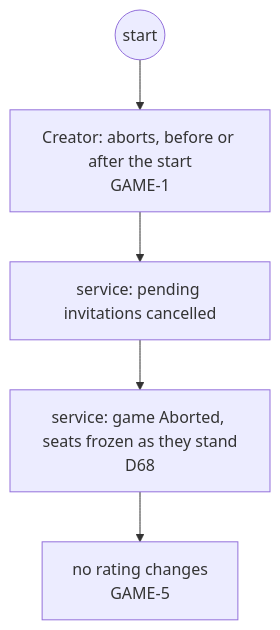
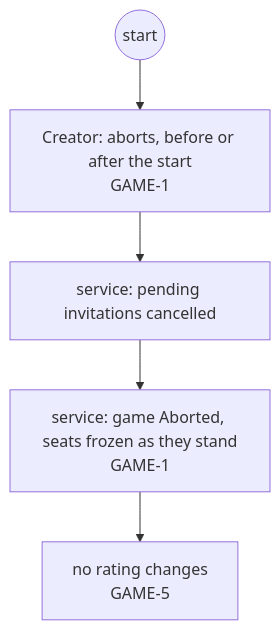
Diagram 19 of 29 in docs/changes/workstreams/application-game-architecture/71-one-game-model/71-functional.md (delphside/programme), drawn with Mermaid before and after one commit. The commit also changed other lines of this file, not shown here.

````diff
--- a/docs/changes/workstreams/application-game-architecture/71-one-game-model/71-functional.md
+++ b/docs/changes/workstreams/application-game-architecture/71-one-game-model/71-functional.md
@@ -343,7 +353,7 @@
 ```mermaid
 flowchart TD
   s0((start)) --> c1["Creator: aborts, before or after the start<br/>GAME-1"]
   c1 --> t1["service: pending invitations cancelled"]
-  t1 --> t2["service: game Aborted, seats frozen as they stand<br/>D68"]
+  t1 --> t2["service: game Aborted, seats frozen as they stand<br/>GAME-1"]
   t2 --> t3["no rating changes<br/>GAME-5"]
 ```
````
